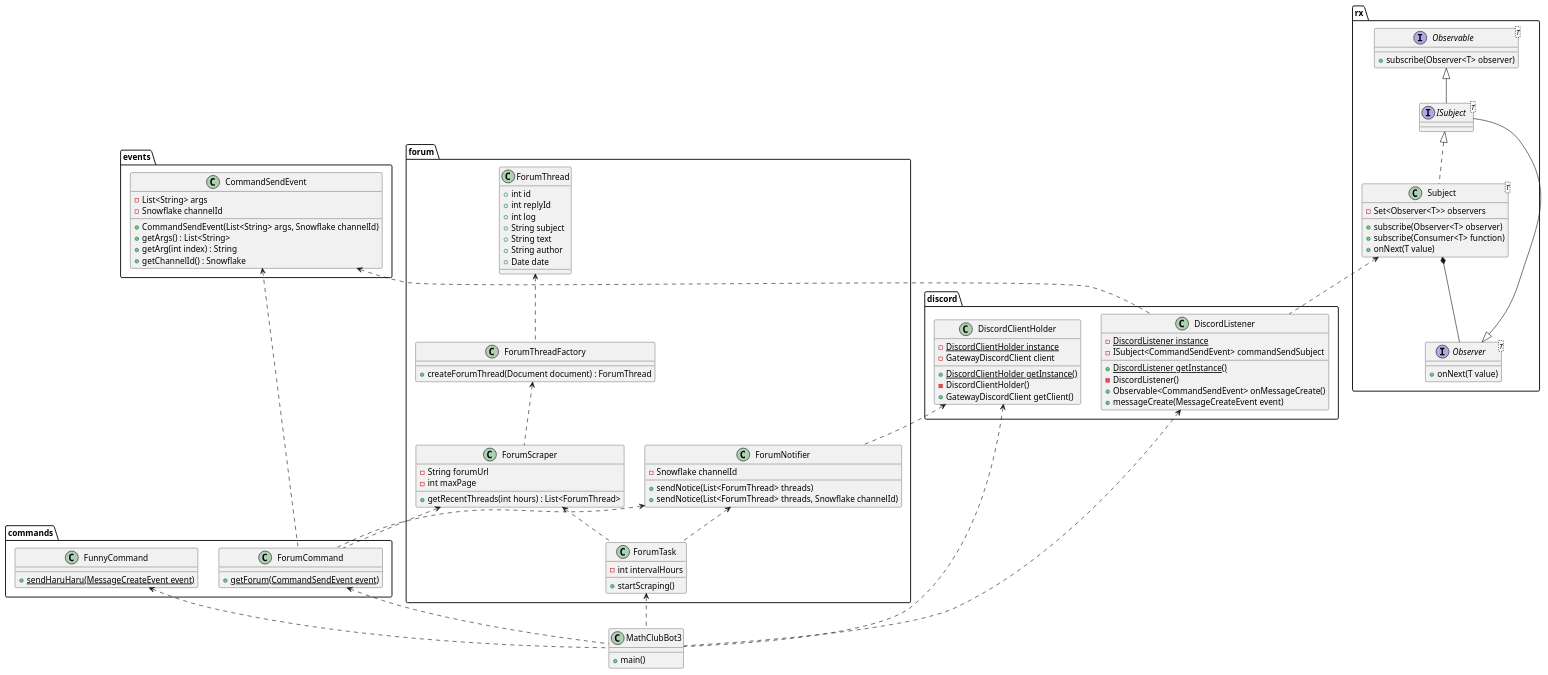
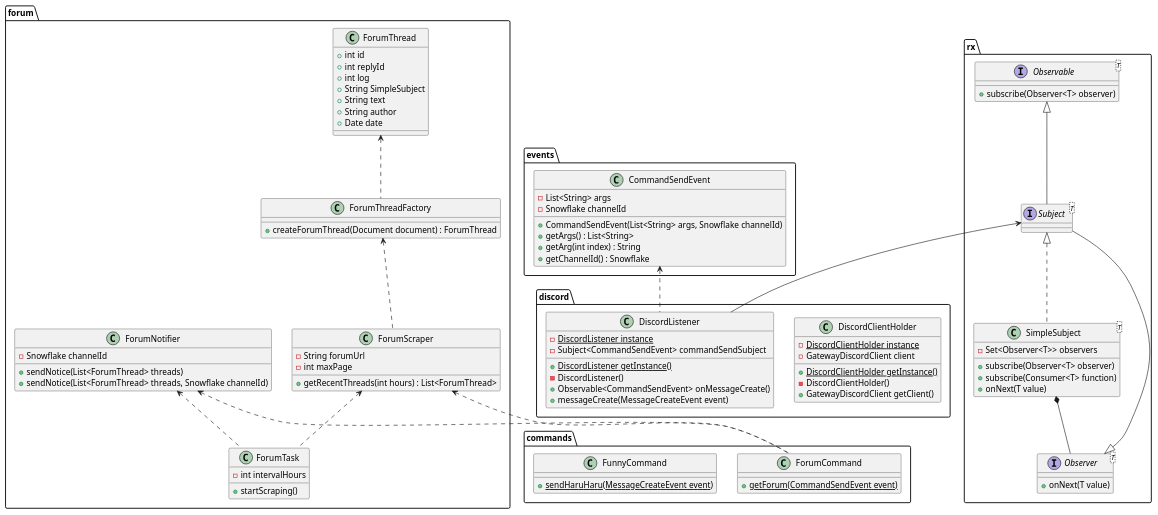
The diagram in MathClubBot3.pu (Harineko0/MathClubBot3), drawn with PlantUML before and after one commit.

Commit message:
[Modify] クラス図を一部書き換え。

```diff
--- a/MathClubBot3.pu
+++ b/MathClubBot3.pu
@@ -1,117 +1,106 @@
 @startuml MathClubBot3
 namespace commands {
     class ForumCommand {
         + {static} getForum(CommandSendEvent event)
     }
 
     class FunnyCommand {
         + {static} sendHaruHaru(MessageCreateEvent event)
     }
 }
 
 namespace discord {
     class DiscordClientHolder {
         - {static} DiscordClientHolder instance
         - GatewayDiscordClient client
         + {static} DiscordClientHolder getInstance()
         - DiscordClientHolder()
         + GatewayDiscordClient getClient()
     }
 
     class DiscordListener {
         - {static} DiscordListener instance
-        - ISubject<CommandSendEvent> commandSendSubject
+        - Subject<CommandSendEvent> commandSendSubject
         + {static} DiscordListener getInstance()
         - DiscordListener()
         + Observable<CommandSendEvent> onMessageCreate()
         + messageCreate(MessageCreateEvent event)
     }
 }
 
 namespace events {
     class CommandSendEvent {
         - List<String> args
         - Snowflake channelId
         + CommandSendEvent(List<String> args, Snowflake channelId)
         + getArgs() : List<String>
         + getArg(int index) : String
         + getChannelId() : Snowflake
     }
 }
 
 namespace forum {
     class ForumThread {
         + int id
         + int replyId
         + int log
-        + String subject
+        + String SimpleSubject
         + String text
         + String author
         + Date date
     }
 
     class ForumThreadFactory {
         + createForumThread(Document document) : ForumThread
     }
 
     class ForumScraper {
         - String forumUrl
         - int maxPage
         + getRecentThreads(int hours) : List<ForumThread>
     }
 
     class ForumNotifier {
         - Snowflake channelId
         + sendNotice(List<ForumThread> threads)
         + sendNotice(List<ForumThread> threads, Snowflake channelId)
     }
 
     class ForumTask {
         - int intervalHours
         + startScraping()
     }
 
     ForumThread <.. ForumThreadFactory
     ForumThreadFactory <.. ForumScraper
     ForumScraper <.. ForumTask
     ForumNotifier <.. ForumTask
 }
 
 namespace rx {
-    interface ISubject<T> extends Observer, Observable {
+    interface Subject<T> extends Observer, Observable {
     }
 
     interface Observable<T> {
         + subscribe(Observer<T> observer)
     }
 
     interface Observer<T> {
         + onNext(T value)
     }
 
-    class Subject<T> implements ISubject {
+    class SimpleSubject<T> implements Subject {
         - Set<Observer<T>> observers
         + subscribe(Observer<T> observer)
         + subscribe(Consumer<T> function)
         + onNext(T value)
     }
 
-    Subject *-- Observer
+    SimpleSubject *-- Observer
 }
 
-class MathClubBot3 {
-    + main()
-}
-
-discord.DiscordClientHolder <.. forum.ForumNotifier
 events.CommandSendEvent <.. discord.DiscordListener
-events.CommandSendEvent <.. commands.ForumCommand
 forum.ForumScraper <.. commands.ForumCommand
 forum.ForumNotifier <.. commands.ForumCommand
-rx.Subject <.. discord.DiscordListener
-forum.ForumTask <.. MathClubBot3
-commands.FunnyCommand <.. MathClubBot3
-commands.ForumCommand <.. MathClubBot3
-discord.DiscordListener <.. MathClubBot3
-discord.DiscordClientHolder <.. MathClubBot3
+rx.Subject <-- discord.DiscordListener
 @enduml
```
